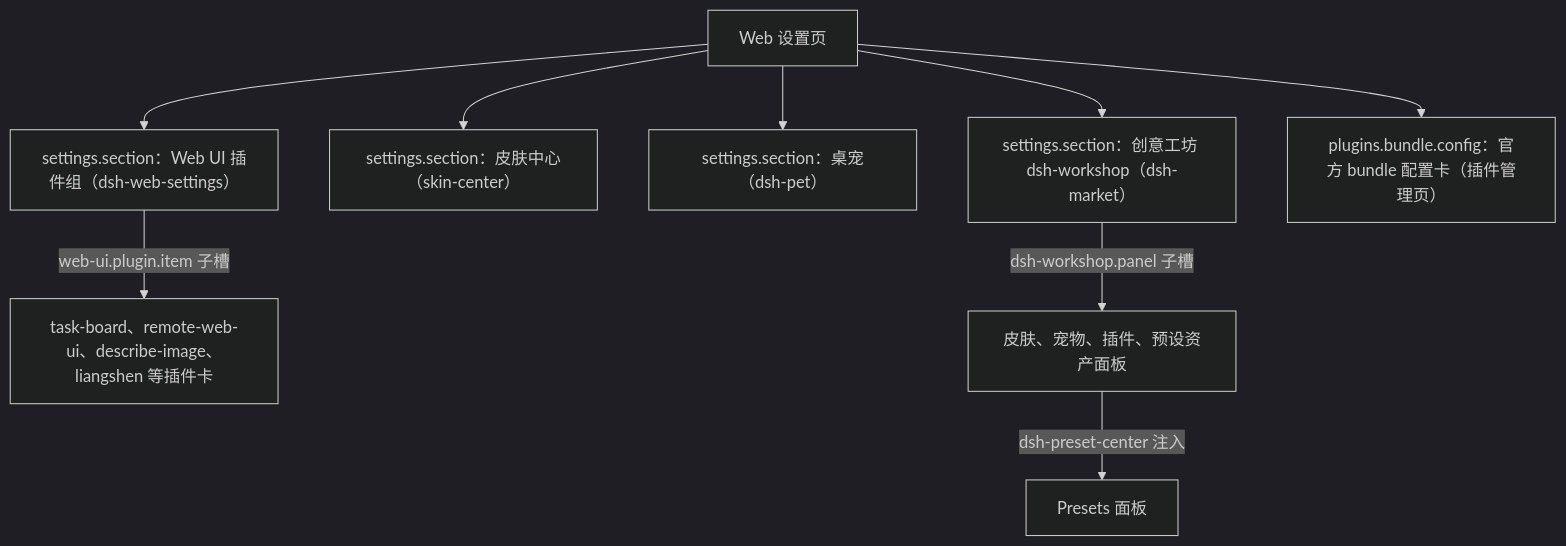
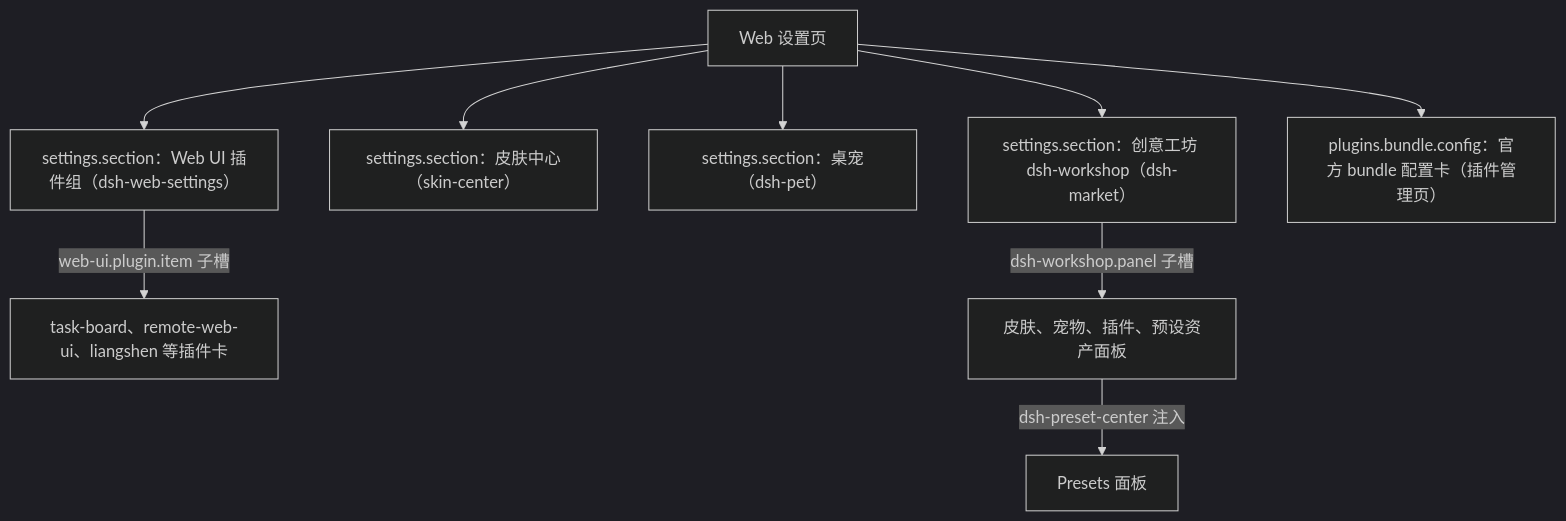
The fifth of 9 diagrams in docs/architecture.md (DDDMUC/dsh-web-ui), drawn with Mermaid (dark theme) before and after one commit. The commit also changed other lines of this file and 232 other files, not shown here.

First line of the commit message:
feat(aggregate)!: remove dsh-doctor and dsh-tool-describe-image from the family

````diff
--- a/docs/architecture.md
+++ b/docs/architecture.md
@@ -91,11 +91,11 @@
 ```mermaid
 flowchart TB
     S["Web 设置页"] --> G["settings.section：Web UI 插件组（dsh-web-settings）"]
-    G -- "web-ui.plugin.item 子槽" --> C["task-board、remote-web-ui、describe-image、liangshen 等插件卡"]
+    G -- "web-ui.plugin.item 子槽" --> C["task-board、remote-web-ui、liangshen 等插件卡"]
     S --> K["settings.section：皮肤中心（skin-center）"]
     S --> P["settings.section：桌宠（dsh-pet）"]
     S --> W["settings.section：创意工坊 dsh-workshop（dsh-market）"]
     W -- "dsh-workshop.panel 子槽" --> F["皮肤、宠物、插件、预设资产面板"]
     F -- "dsh-preset-center 注入" --> F1["Presets 面板"]
     S --> O["plugins.bundle.config：官方 bundle 配置卡（插件管理页）"]
 ```
````
